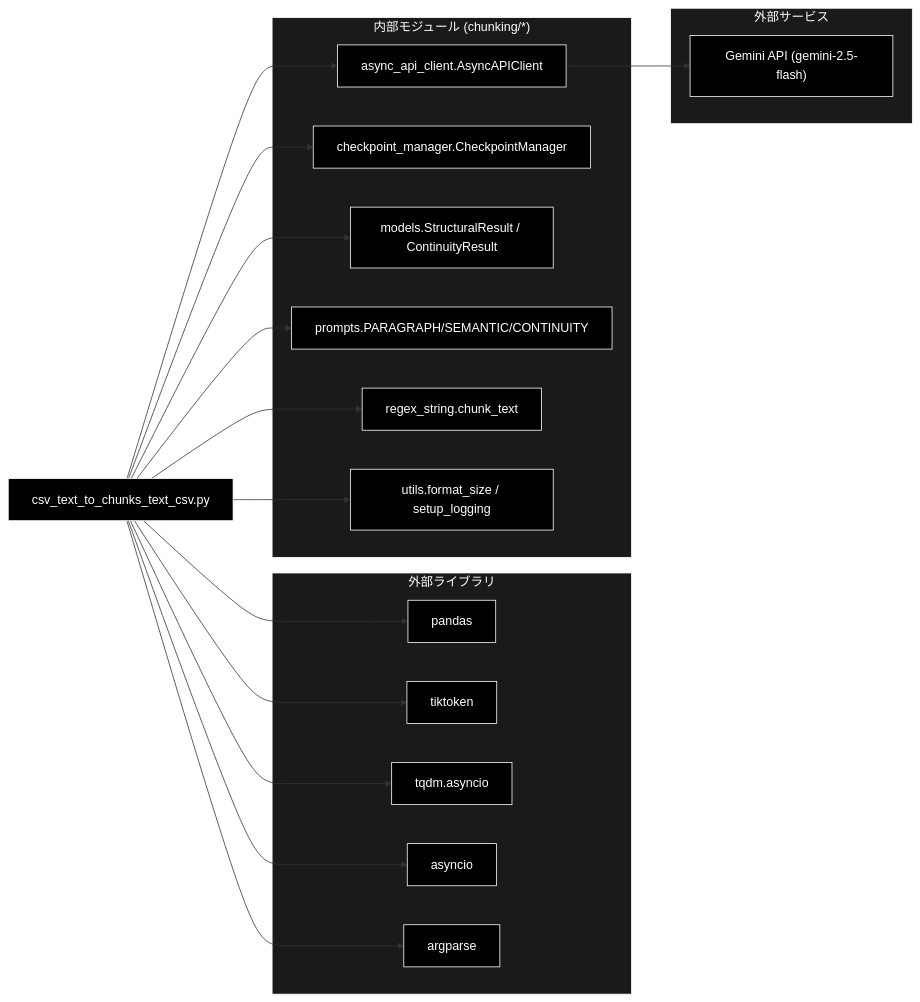
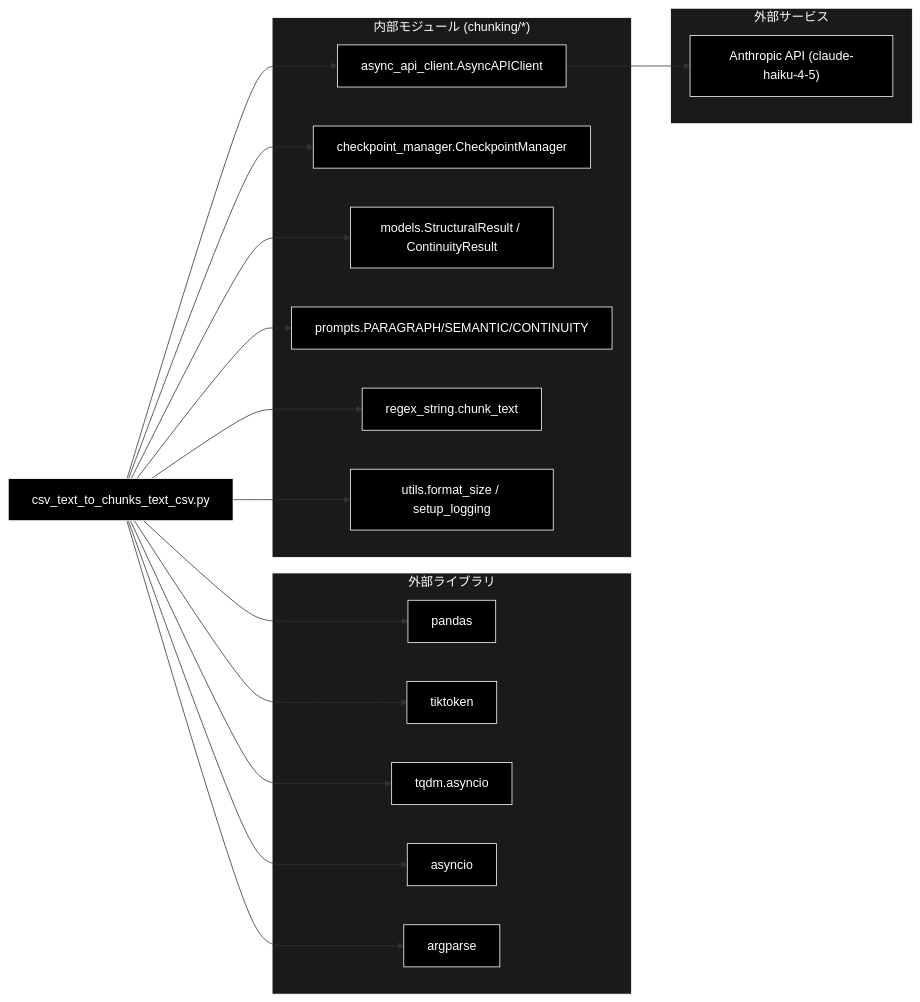
One commit to nakashima2toshio/grace_v2 changed the third of 3 diagrams in chunking/docs/csv_text_to_chunks_text_csv.md. Above: the diagram before and after it, drawn with Mermaid. The commit also changed other lines of this file and 8 other files, not shown here.

````diff
--- a/chunking/docs/csv_text_to_chunks_text_csv.md
+++ b/chunking/docs/csv_text_to_chunks_text_csv.md
@@ -1017,44 +1034,44 @@
 ```mermaid
 flowchart LR
     MODULE["csv_text_to_chunks_text_csv.py"]
 
     subgraph EXT["外部ライブラリ"]
         PD["pandas"]
         TK["tiktoken"]
         TQ["tqdm.asyncio"]
         AS["asyncio"]
         AP["argparse"]
     end
 
     subgraph INT["内部モジュール (chunking/*)"]
         AAC["async_api_client.AsyncAPIClient"]
         CKM["checkpoint_manager.CheckpointManager"]
         MDLS["models.StructuralResult / ContinuityResult"]
         PRM["prompts.PARAGRAPH/SEMANTIC/CONTINUITY"]
         RGX["regex_string.chunk_text"]
         UTL["utils.format_size / setup_logging"]
     end
 
     subgraph SVC["外部サービス"]
-        GEMINI["Gemini API (gemini-2.5-flash)"]
+        ANTHROPIC["Anthropic API (claude-haiku-4-5)"]
     end
 
     MODULE --> PD
     MODULE --> TK
     MODULE --> TQ
     MODULE --> AS
     MODULE --> AP
     MODULE --> AAC
     MODULE --> CKM
     MODULE --> MDLS
     MODULE --> PRM
     MODULE --> RGX
     MODULE --> UTL
-    AAC --> GEMINI
+    AAC --> ANTHROPIC
 classDef default fill:#000,stroke:#fff,color:#fff
 classDef subgraphStyle fill:#1a1a1a,stroke:#fff,color:#fff
-class MODULE,PD,TK,TQ,AS,AP,AAC,CKM,MDLS,PRM,RGX,UTL,GEMINI default
+class MODULE,PD,TK,TQ,AS,AP,AAC,CKM,MDLS,PRM,RGX,UTL,ANTHROPIC default
 style EXT fill:#1a1a1a,stroke:#fff,color:#fff
 style INT fill:#1a1a1a,stroke:#fff,color:#fff
 style SVC fill:#1a1a1a,stroke:#fff,color:#fff
 ```
````
